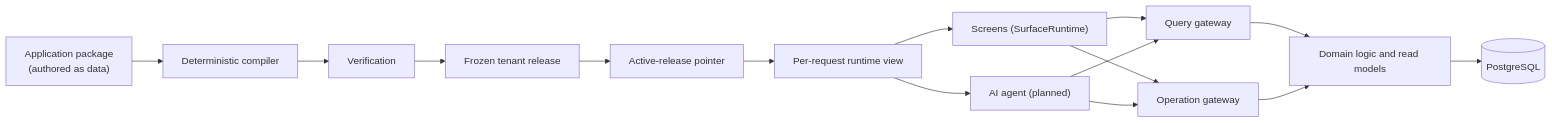
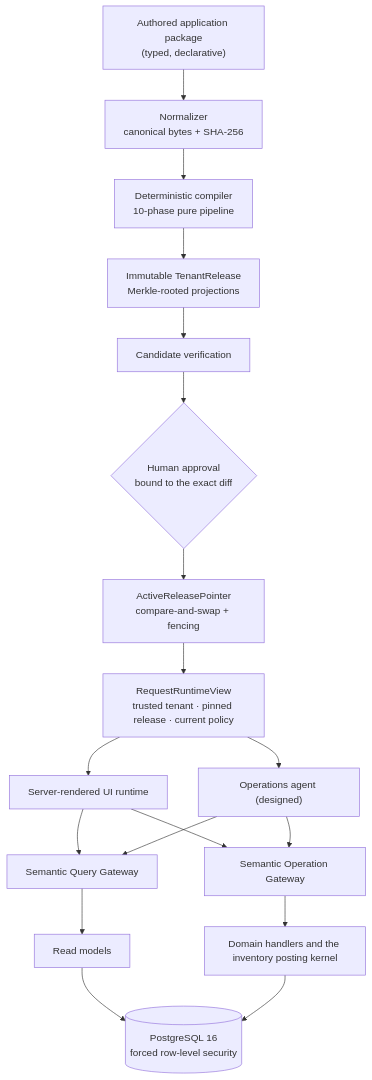
The diagram in README.md (AnserBeg/2rain-greenfield), drawn with Mermaid before and after one commit. The commit also changed other lines of this file, not shown here.

````diff
--- a/README.md
+++ b/README.md
@@ -100,17 +122,20 @@
 ```mermaid
-flowchart LR
-  A["Application package<br/>(authored as data)"] --> C["Deterministic compiler"]
-  C --> V["Verification"]
-  V --> R["Frozen tenant release"]
-  R --> P["Active-release pointer"]
-  P --> RV["Per-request runtime view"]
-  RV --> UI["Screens (SurfaceRuntime)"]
-  RV --> AG["AI agent (planned)"]
-  UI --> Q["Query gateway"]
-  UI --> O["Operation gateway"]
+flowchart TB
+  A["Authored application package<br/>(typed, declarative)"] --> N["Normalizer<br/>canonical bytes + SHA-256"]
+  N --> C["Deterministic compiler<br/>10-phase pure pipeline"]
+  C --> R["Immutable TenantRelease<br/>Merkle-rooted projections"]
+  R --> V["Candidate verification"]
+  V --> AP{"Human approval<br/>bound to the exact diff"}
+  AP --> P["ActiveReleasePointer<br/>compare-and-swap + fencing"]
+  P --> RV["RequestRuntimeView<br/>trusted tenant · pinned release · current policy"]
+  RV --> UI["Server-rendered UI runtime"]
+  RV --> AG["Operations agent (designed)"]
+  UI --> Q["Semantic Query Gateway"]
+  UI --> O["Semantic Operation Gateway"]
   AG --> Q
   AG --> O
-  Q --> D["Domain logic and read models"]
-  O --> D
-  D --> DB[("PostgreSQL")]
+  Q --> D["Read models"]
+  O --> K["Domain handlers and the inventory posting kernel"]
+  D --> DB[("PostgreSQL 16<br/>forced row-level security")]
+  K --> DB
 ```
````
